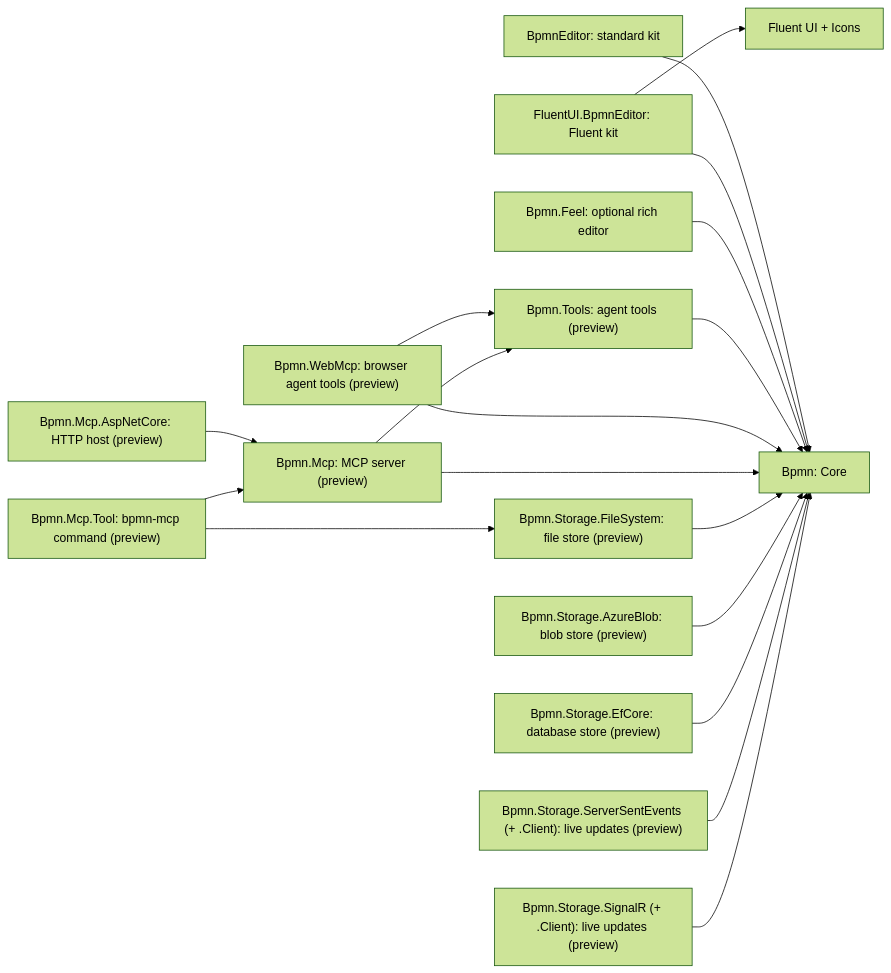
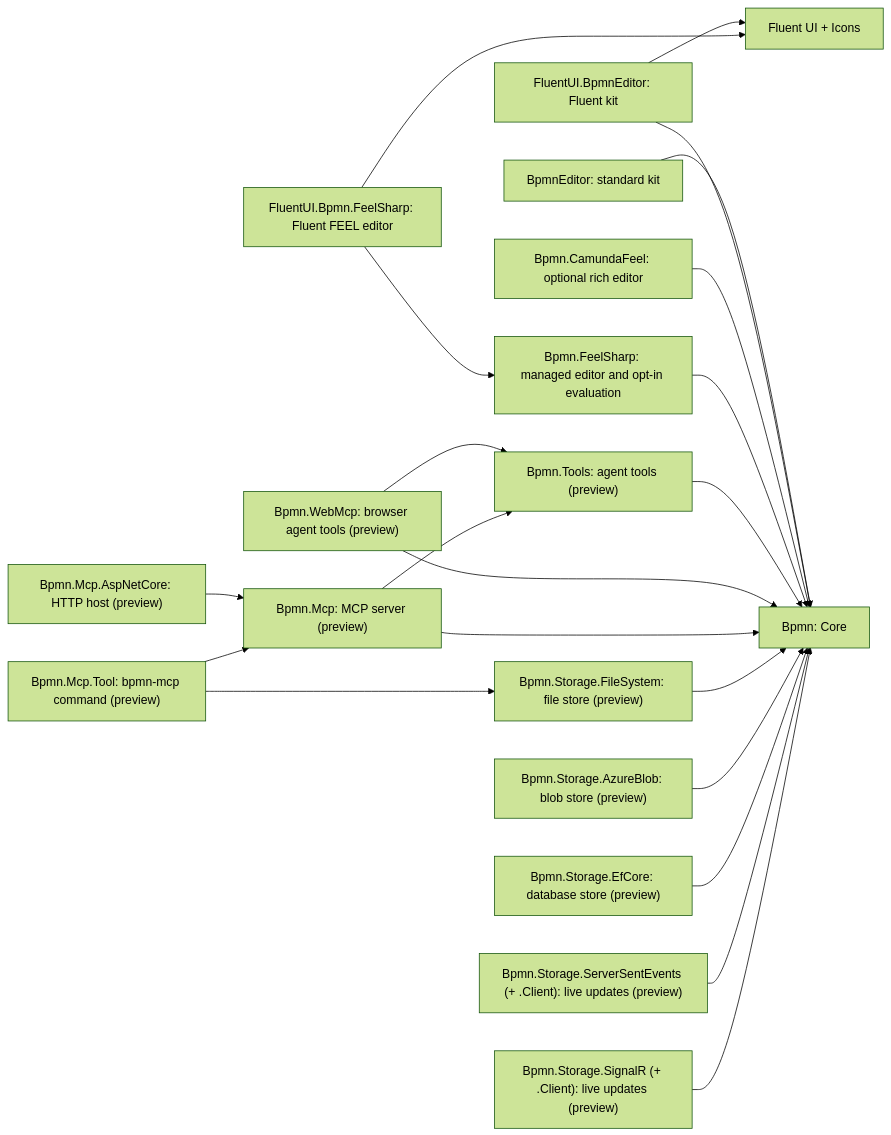
The first of 2 diagrams in README.md (miguelhasse/BlazorBpmnEditor), drawn with Mermaid (forest theme) before and after one commit. The commit also changed other lines of this file and 89 other files, not shown here.

First line of the commit message:
Add FeelSharp and rename CamundaFeel package

````diff
--- a/README.md
+++ b/README.md
@@ -37,20 +52,23 @@
 ```mermaid
 flowchart LR
     Standard["BpmnEditor: standard kit"] --> Core["Bpmn: Core"]
     Fluent["FluentUI.BpmnEditor: Fluent kit"] --> Core
     Fluent --> FluentUI["Fluent UI + Icons"]
-    Feel["Bpmn.Feel: optional rich editor"] --> Core
+    Feel["Bpmn.CamundaFeel: optional rich editor"] --> Core
+    FeelSharp["Bpmn.FeelSharp: managed editor and opt-in evaluation"] --> Core
+    FluentFeelSharp["FluentUI.Bpmn.FeelSharp: Fluent FEEL editor"] --> FeelSharp
+    FluentFeelSharp --> FluentUI
     Tools["Bpmn.Tools: agent tools (preview)"] --> Core
     WebMcp["Bpmn.WebMcp: browser agent tools (preview)"] --> Core
     WebMcp --> Tools
     Mcp["Bpmn.Mcp: MCP server (preview)"] --> Core
     Mcp --> Tools
     FileStore["Bpmn.Storage.FileSystem: file store (preview)"] --> Core
     BlobStore["Bpmn.Storage.AzureBlob: blob store (preview)"] --> Core
     EfStore["Bpmn.Storage.EfCore: database store (preview)"] --> Core
     Sse["Bpmn.Storage.ServerSentEvents (+ .Client): live updates (preview)"] --> Core
     SignalRFeed["Bpmn.Storage.SignalR (+ .Client): live updates (preview)"] --> Core
     McpHttp["Bpmn.Mcp.AspNetCore: HTTP host (preview)"] --> Mcp
     McpTool["Bpmn.Mcp.Tool: bpmn-mcp command (preview)"] --> Mcp
     McpTool --> FileStore
 ```
````
